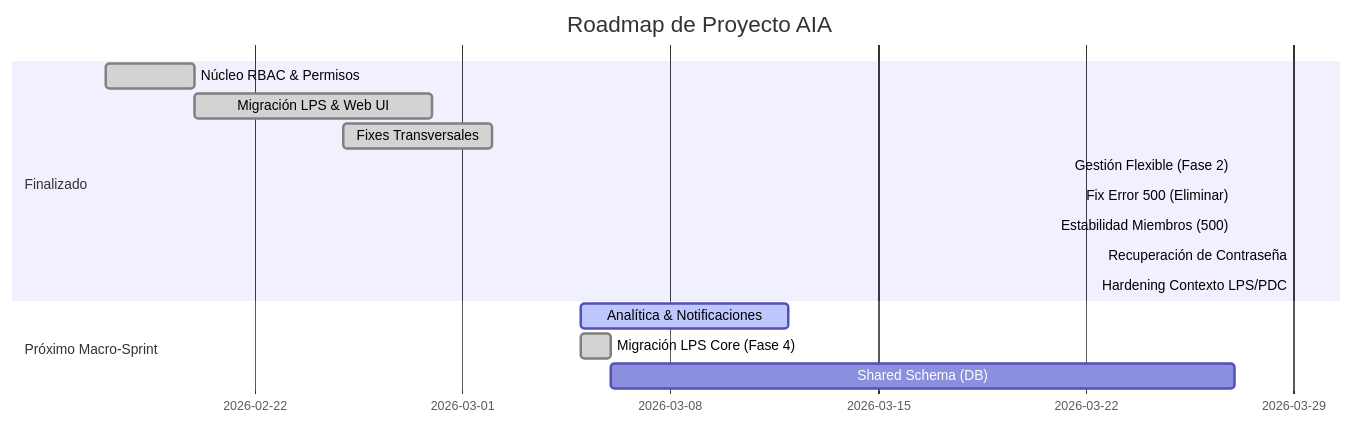
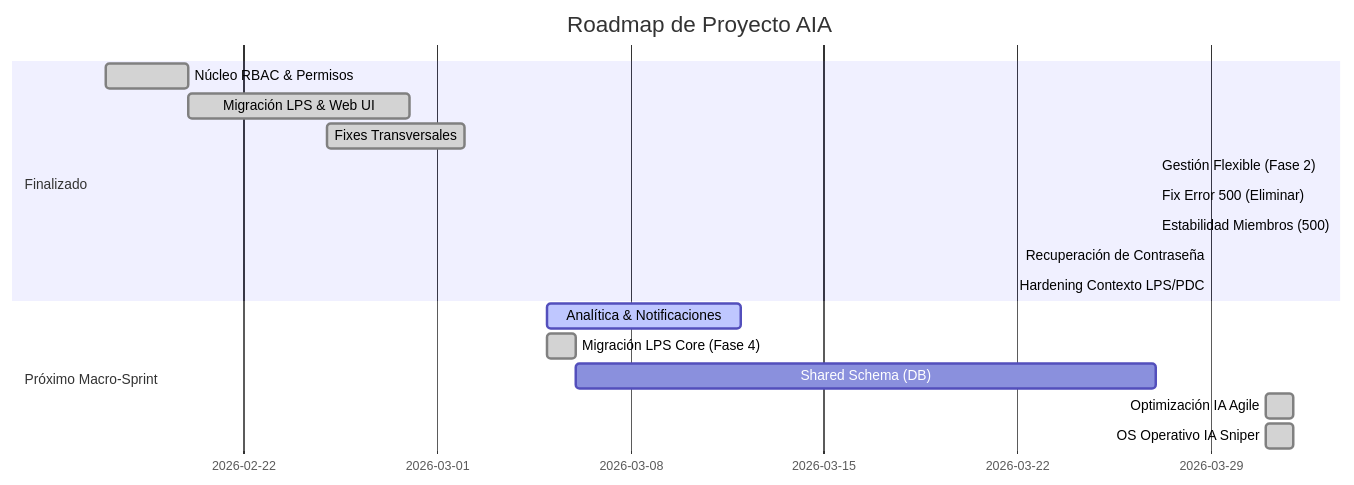
The diagram in ROADMAP.md (jbenite7/lastplanneraia-construccion), drawn with Mermaid before and after one commit. The commit also changed other lines of this file and 2 other files, not shown here.

Commit message:
docs: update constitution and operational roadmap

````diff
--- a/ROADMAP.md
+++ b/ROADMAP.md
@@ -13,18 +13,20 @@
 ```mermaid
 gantt
     title Roadmap de Proyecto AIA
     dateFormat  YYYY-MM-DD
     section Finalizado
     Núcleo RBAC & Permisos       :done,    des1, 2026-02-17, 2026-02-20
     Migración LPS & Web UI       :done,    des2, 2026-02-20, 2026-02-28
     Fixes Transversales          :done,    des3, 2026-02-25, 2026-03-02
     Gestión Flexible (Fase 2)    :done,    des7, 2026-03-27, 2026-03-27
     Fix Error 500 (Eliminar)    :done,    des8, 2026-03-27, 2026-03-27
     Estabilidad Miembros (500)  :done,    des9, 2026-03-27, 2026-03-27
     Recuperación de Contraseña   :done,    des10, 2026-03-29, 2026-03-29
     Hardening Contexto LPS/PDC   :done,    des11, 2026-03-29, 2026-03-29
     section Próximo Macro-Sprint
     Analítica & Notificaciones  :active,  des4, 2026-03-05, 7d
     Migración LPS Core (Fase 4) :done,    des6, 2026-03-05, 2026-03-06
     Shared Schema (DB)         :         des5, after des6, 21d
+    Optimización IA Agile       :done,    des12, 2026-03-31, 1d
+    OS Operativo IA Sniper      :done,    des13, 2026-03-31, 1d
 ```
````
